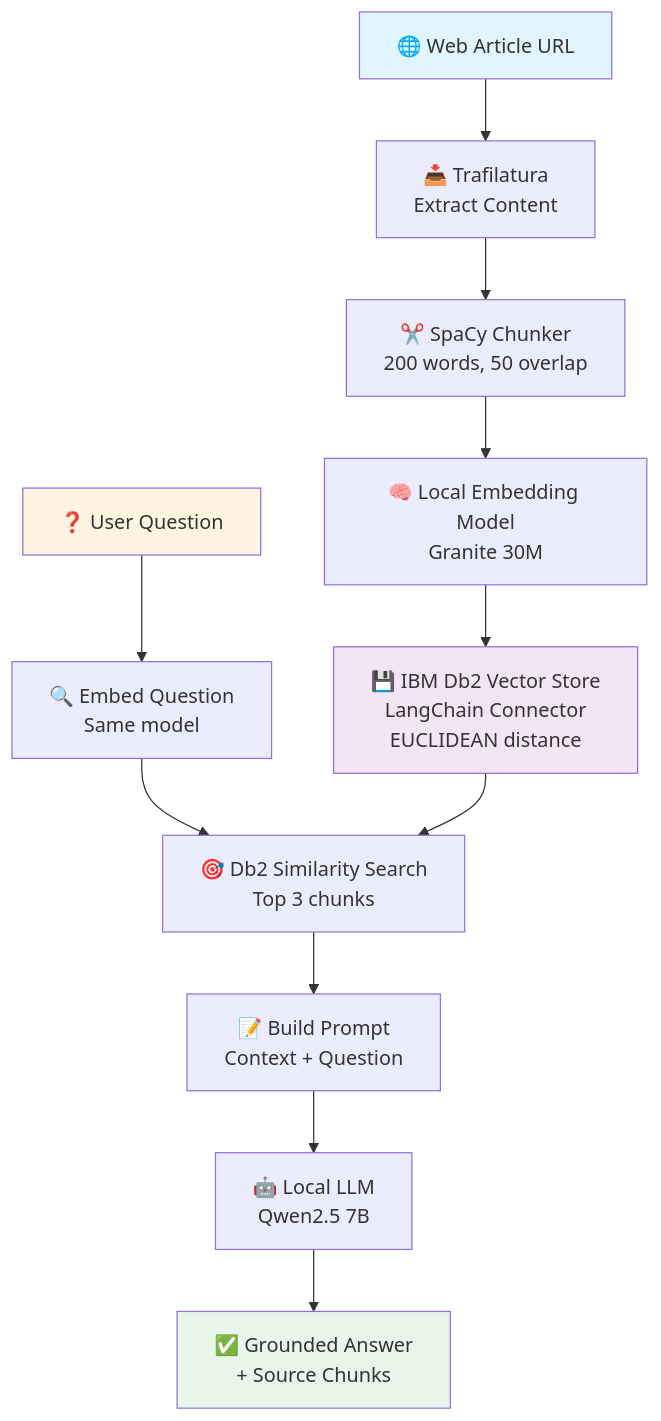
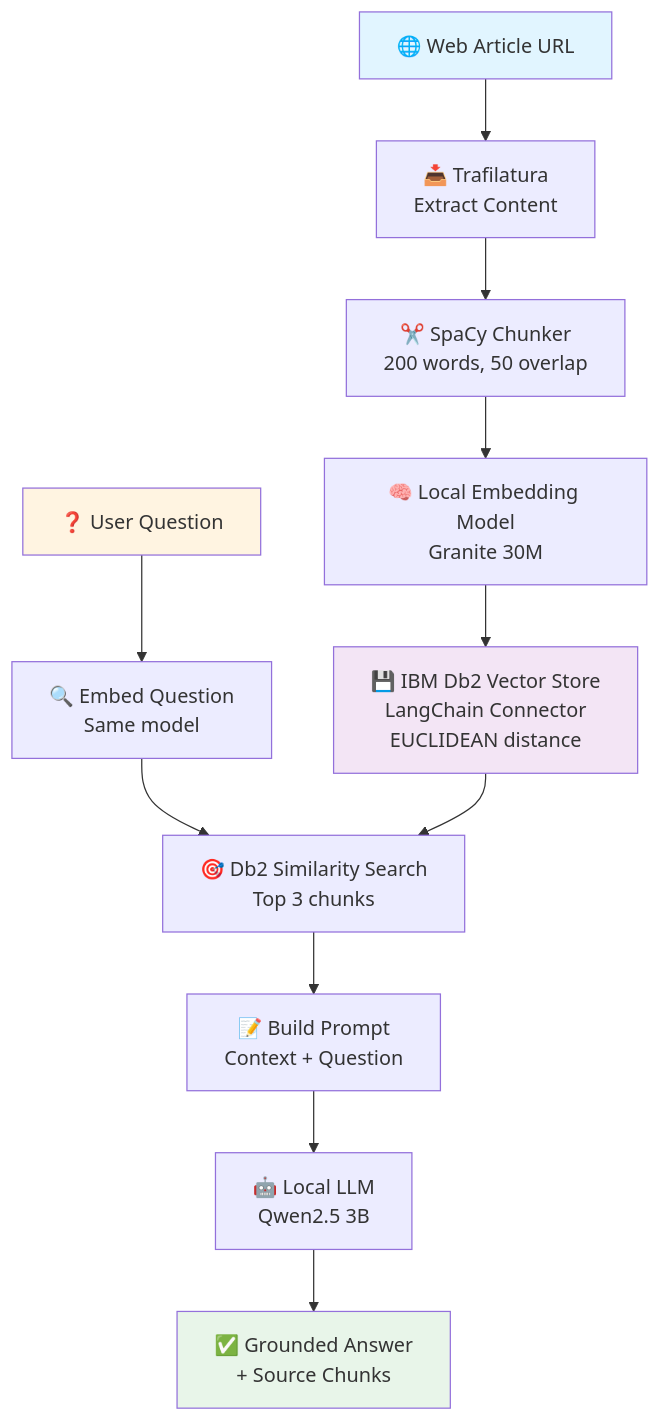
One commit to shaikhq/db2-langchain-rag-local changed the diagram in README.md. Above: the diagram before and after it, drawn with Mermaid. The commit also changed other lines of this file and 2 other files, not shown here.

````diff
--- a/README.md
+++ b/README.md
@@ -21,20 +21,20 @@
 ```mermaid
 graph TD
     A[🌐 Web Article URL] --> B[📥 Trafilatura<br/>Extract Content]
     B --> C[✂️ SpaCy Chunker<br/>200 words, 50 overlap]
     C --> D[🧠 Local Embedding Model<br/>Granite 30M]
     D --> E[💾 IBM Db2 Vector Store<br/>LangChain Connector<br/>EUCLIDEAN distance]
     
     F[❓ User Question] --> G[🔍 Embed Question<br/>Same model]
     G --> H[🎯 Db2 Similarity Search<br/>Top 3 chunks]
     E --> H
     
     H --> I[📝 Build Prompt<br/>Context + Question]
-    I --> J[🤖 Local LLM<br/>Qwen2.5 7B]
+    I --> J[🤖 Local LLM<br/>Qwen2.5 3B]
     J --> K[✅ Grounded Answer<br/>+ Source Chunks]
     
     style A fill:#e1f5ff
     style F fill:#fff4e1
     style K fill:#e8f5e9
     style E fill:#f3e5f5
 ```
````
